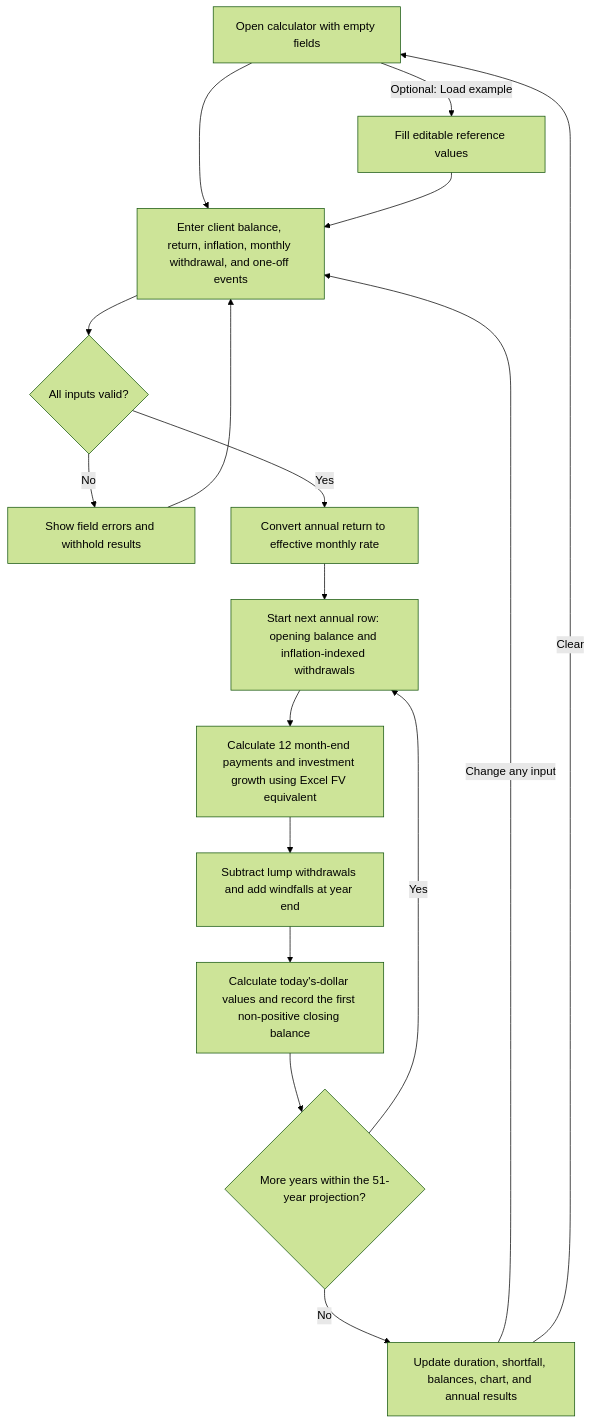
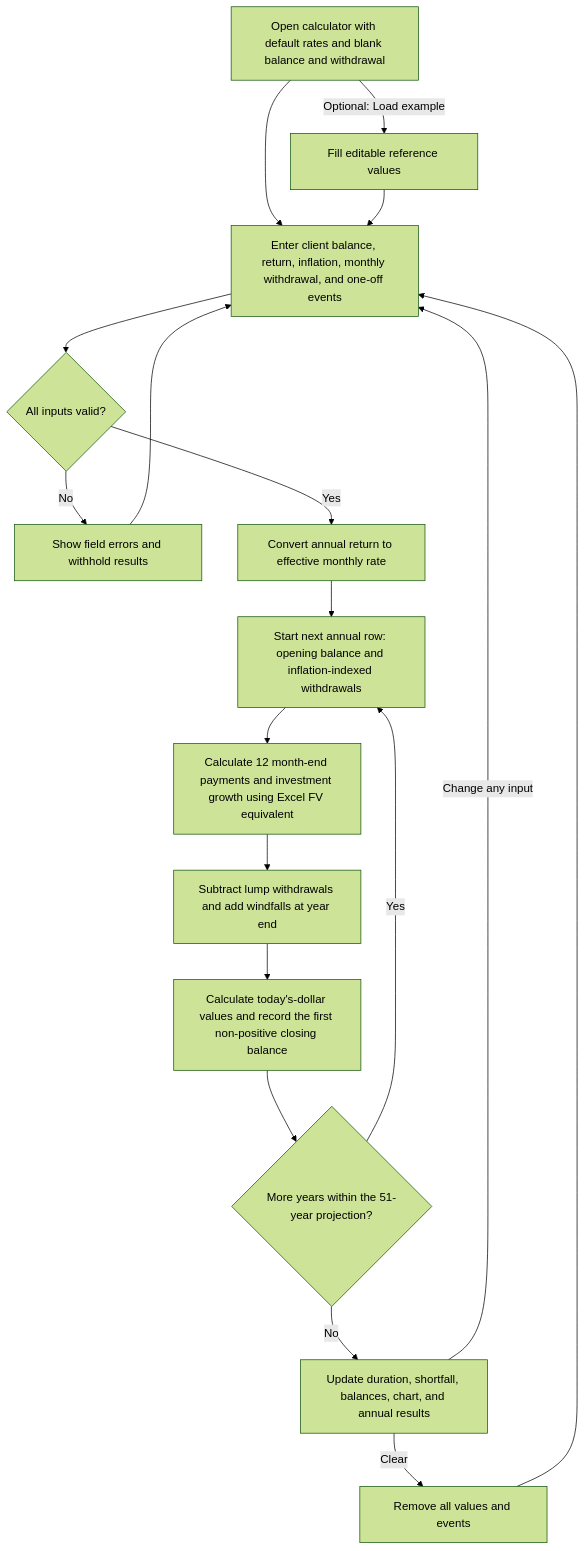
Before and after one commit to oliverkean/qwealth-calculator: the diagram in docs/calculator-flow.md, drawn with Mermaid (forest theme). The commit also changed 10 other files, not shown here.

Commit message:
feat: update documentation and improve chart responsiveness in calculator

````diff
--- a/docs/calculator-flow.md
+++ b/docs/calculator-flow.md
@@ -3,19 +3,20 @@
 ```mermaid
 flowchart TD
-    A[Open calculator with empty fields] --> B[Enter client balance, return, inflation, monthly withdrawal, and one-off events]
+    A[Open calculator with default rates and blank balance and withdrawal] --> B[Enter client balance, return, inflation, monthly withdrawal, and one-off events]
     A -- Optional: Load example --> L[Fill editable reference values]
     L --> B
     B --> C{All inputs valid?}
     C -- No --> D[Show field errors and withhold results]
     D --> B
     C -- Yes --> E[Convert annual return to effective monthly rate]
     E --> F[Start next annual row: opening balance and inflation-indexed withdrawals]
     F --> G[Calculate 12 month-end payments and investment growth using Excel FV equivalent]
     G --> H[Subtract lump withdrawals and add windfalls at year end]
     H --> I[Calculate today's-dollar values and record the first non-positive closing balance]
     I --> J{More years within the 51-year projection?}
     J -- Yes --> F
     J -- No --> K[Update duration, shortfall, balances, chart, and annual results]
     K -- Change any input --> B
-    K -- Clear --> A
+    K -- Clear --> M[Remove all values and events]
+    M --> B
 ```
````
